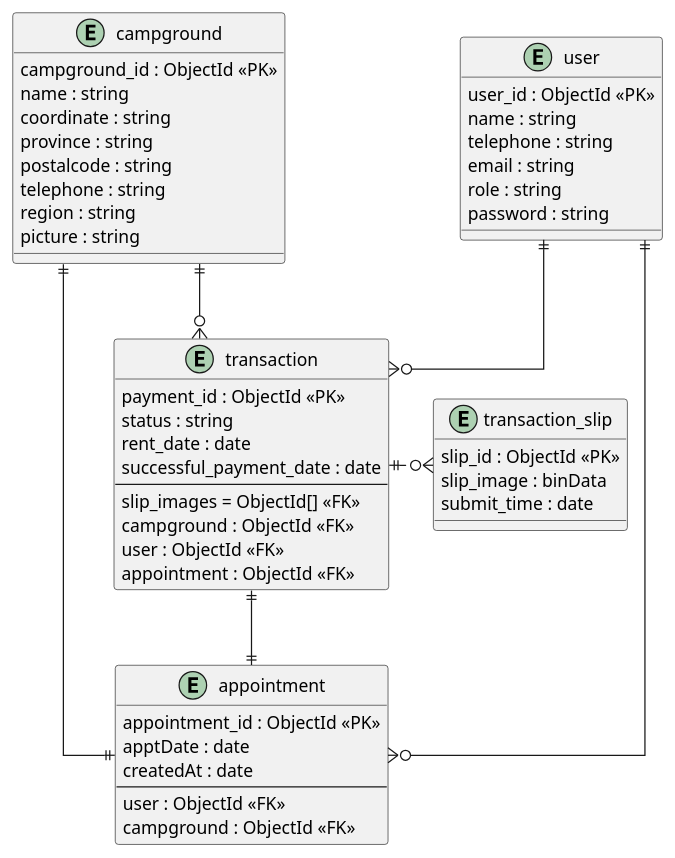
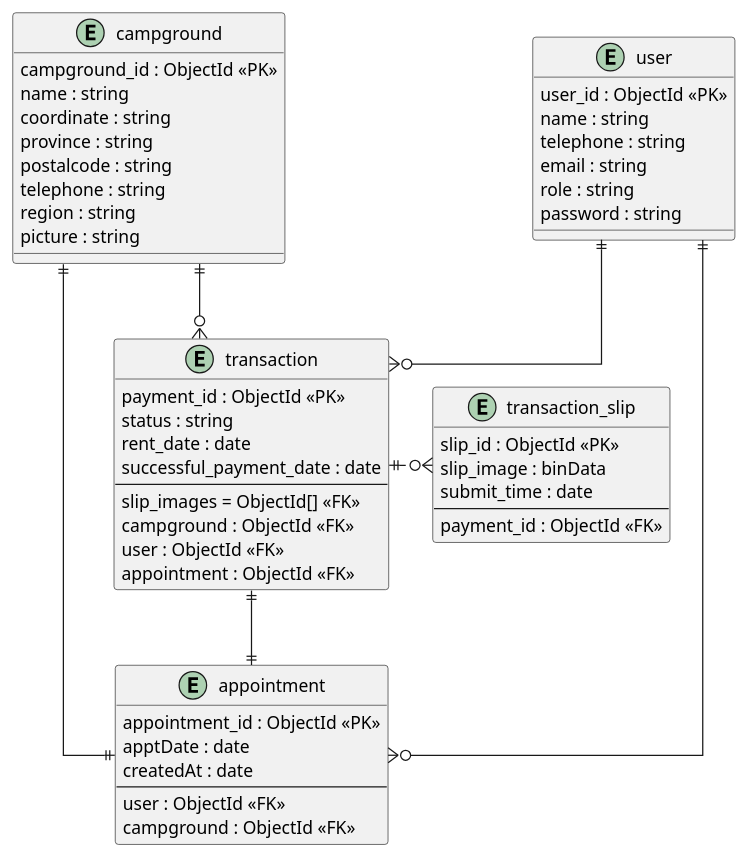
One commit to FaiiFaiipuipui/CEDT_Y1T2_backend-campgroundbooking changed the diagram in models/DatabaseSchema.puml. Above: the diagram before and after it, drawn with PlantUML. The commit also changed 2 other files, not shown here.

Commit message:
add trasaction_slip DatabaseSchema foreign key

```diff
--- a/models/DatabaseSchema.puml
+++ b/models/DatabaseSchema.puml
@@ -1,60 +1,62 @@
 @startuml DatabaseSchema
 
 skinparam Linetype ortho
 
 entity campground {
   campground_id : ObjectId <<PK>>
   name : string
   coordinate : string
   province : string
   postalcode : string
   telephone : string
   region : string
   picture : string
 }
 entity appointment {
   appointment_id : ObjectId <<PK>>
   apptDate : date
   createdAt : date
   --
   user : ObjectId <<FK>>
   campground : ObjectId <<FK>>
 }
 
 entity user {
   user_id : ObjectId <<PK>>
   name : string
   telephone : string
   email : string
   role : string
   password : string
 }
 
 entity transaction {
   payment_id : ObjectId <<PK>>
   status : string /' status: [PENDING, COMPLETE, REJECTED, CANCELED] '/
   rent_date : date
   successful_payment_date : date
   --
   slip_images = ObjectId[] <<FK>>
   campground : ObjectId <<FK>>
   user : ObjectId <<FK>>
   appointment : ObjectId <<FK>>
 }
 
 
 
 entity transaction_slip {
   slip_id : ObjectId <<PK>>
   slip_image : binData /' image file, must be compressed to be less than 2 MB preferrably for efficient database querying, and for storage efficiency (mongoDB BSON max size is 16 MB) '/
   submit_time : date
+  --
+  payment_id : ObjectId <<FK>>
 }
 
 ' entity relation
 user ||--o{ appointment
 user ||--o{ transaction
 campground ||--|| appointment
 campground ||--o{ transaction
 transaction ||.right.o{ transaction_slip /' ONE to ZERO_OR_MANY '/
 transaction ||--|| appointment
 @enduml
```
